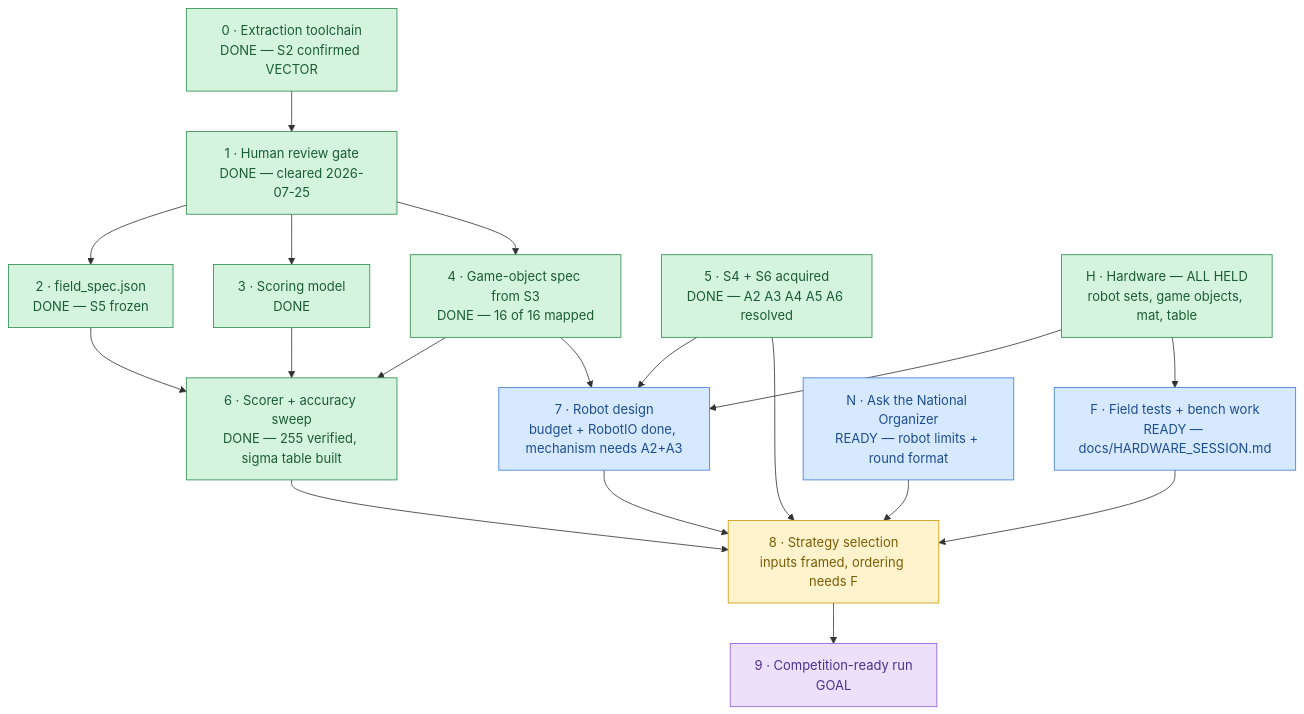
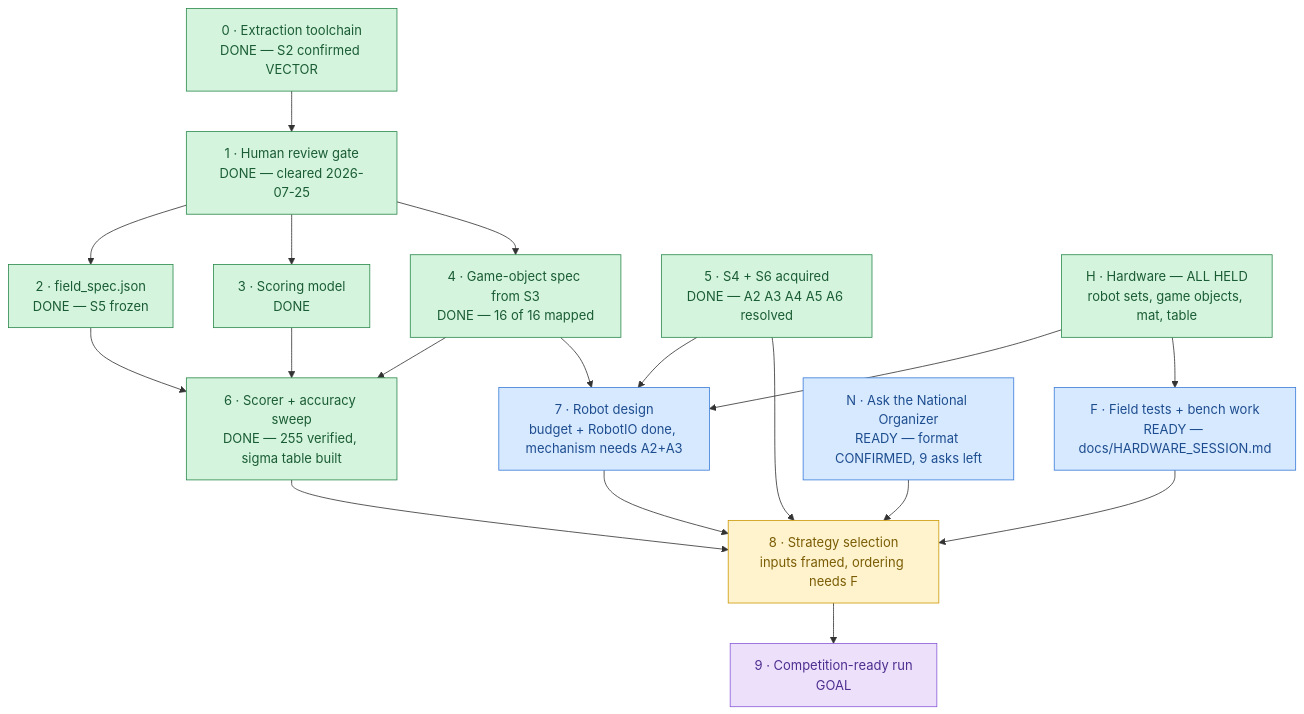
One commit to lumduan/wro-2026 changed the diagram in docs/plans/ROADMAP.md. Above: the diagram before and after it, drawn with Mermaid. The commit also changed other lines of this file and 16 other files, not shown here.

````diff
--- a/docs/plans/ROADMAP.md
+++ b/docs/plans/ROADMAP.md
@@ -16,34 +24,34 @@
 ```mermaid
 flowchart TD
     P0["0 · Extraction toolchain<br/>DONE — S2 confirmed VECTOR"] --> P1["1 · Human review gate<br/>DONE — cleared 2026-07-25"]
     P1 --> P2["2 · field_spec.json<br/>DONE — S5 frozen"]
     P1 --> P3["3 · Scoring model<br/>DONE"]
     P1 --> P4["4 · Game-object spec from S3<br/>DONE — 16 of 16 mapped"]
     P2 --> P6["6 · Scorer + accuracy sweep<br/>DONE — 255 verified, sigma table built"]
     P3 --> P6
     P4 --> P6
     P5["5 · S4 + S6 acquired<br/>DONE — A2 A3 A4 A5 A6 resolved"] --> P7["7 · Robot design<br/>budget + RobotIO done, mechanism needs A2+A3"]
     P4 --> P7
     HW["H · Hardware — ALL HELD<br/>robot sets, game objects, mat, table"] --> P7
     HW --> FT["F · Field tests + bench work<br/>READY — docs/HARDWARE_SESSION.md"]
     P6 --> P8["8 · Strategy selection<br/>inputs framed, ordering needs F"]
     P7 --> P8
     P5 --> P8
     FT --> P8
-    NO["N · Ask the National Organizer<br/>READY — robot limits + round format"] --> P8
+    NO["N · Ask the National Organizer<br/>READY — format CONFIRMED, 9 asks left"] --> P8
     P8 --> P9["9 · Competition-ready run<br/>GOAL"]
 
     classDef done     fill:#d4f4dd,stroke:#2d8a4e,color:#1a5c33
     classDef active   fill:#fff3cd,stroke:#cc9a06,color:#7a5c04
     classDef ready    fill:#d6e9ff,stroke:#3b7dd8,color:#1e4d8f
     classDef blocked  fill:#f0f0f0,stroke:#888,color:#555
     classDef decision fill:#fde0e0,stroke:#d05555,color:#8f2e2e
     classDef goal     fill:#ede0fb,stroke:#8a5cd8,color:#4d2e8f
 
     class P0,P1,P2,P3,P4,P5,P6 done
     class P7,NO ready
     class HW done
     class P8 active
     class FT ready
     class P9 goal
 ```
````
